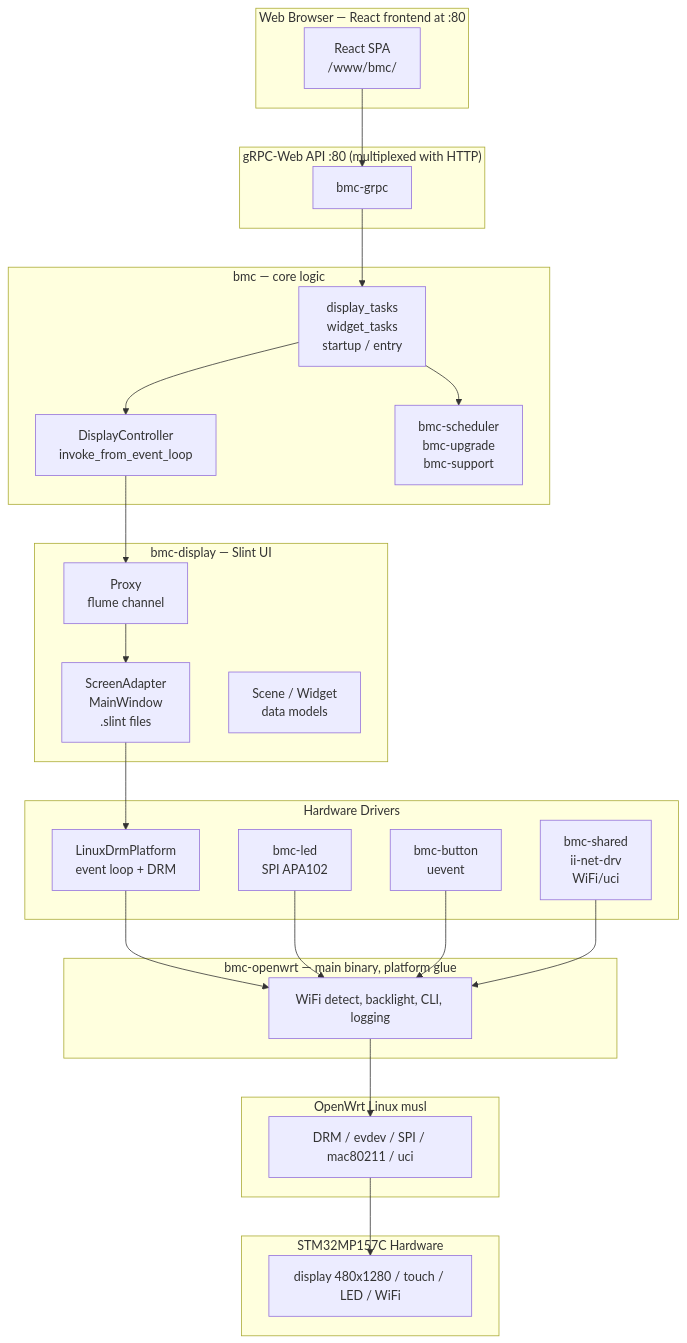
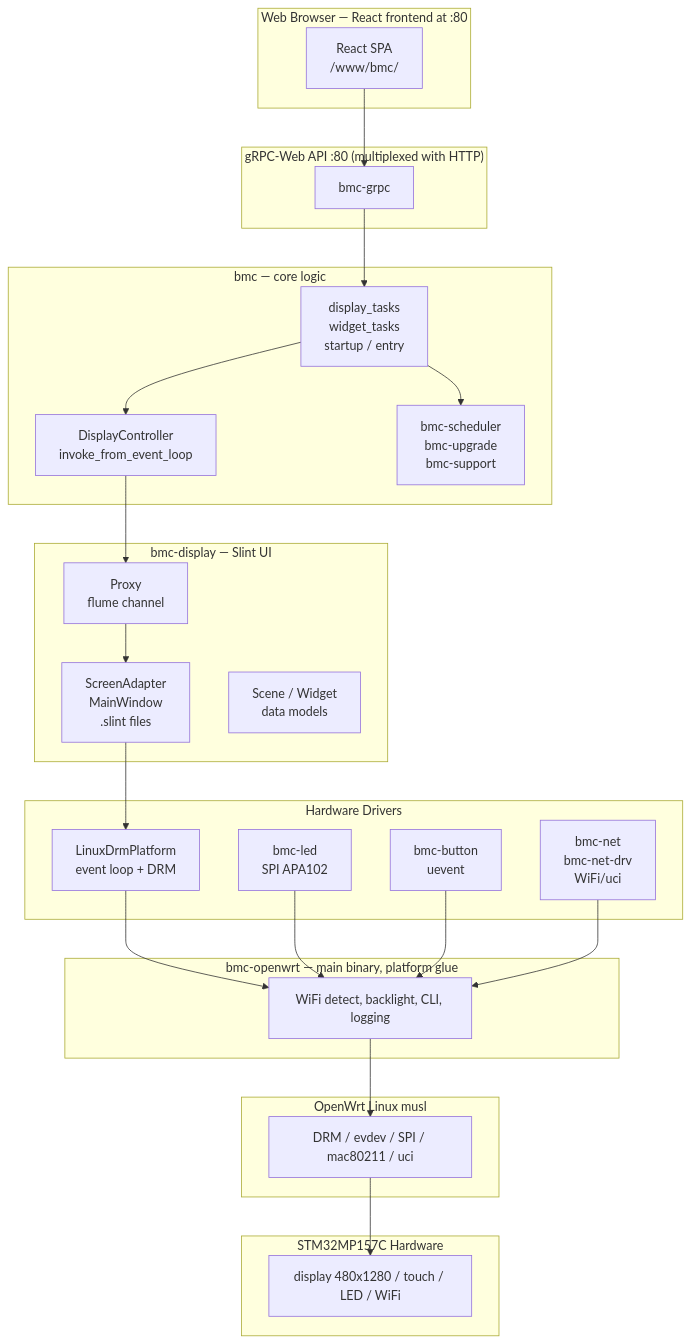
Before and after one commit to BraiinsForge/bmc-main: the diagram in docs/architecture/charts/software-stack.mermaid, drawn with Mermaid. The commit also changed 8 other files, not shown here.

First line of the commit message:
bmc: Update docs and crate verification for bmc-net #BOS-3938

```diff
--- a/docs/architecture/charts/software-stack.mermaid
+++ b/docs/architecture/charts/software-stack.mermaid
@@ -1,54 +1,54 @@
 graph TD
 
     subgraph frontend["Web Browser — React frontend at :80"]
         FE["React SPA\n/www/bmc/"]
     end
 
     subgraph api["gRPC-Web API :80 (multiplexed with HTTP)"]
         GRPC["bmc-grpc"]
     end
 
     subgraph core["bmc — core logic"]
         DT["display_tasks\nwidget_tasks\nstartup / entry"]
         DC["DisplayController\ninvoke_from_event_loop"]
         SCHED["bmc-scheduler\nbmc-upgrade\nbmc-support"]
     end
 
     subgraph display["bmc-display — Slint UI"]
         SA["ScreenAdapter\nMainWindow\n.slint files"]
         PROXY["Proxy\nflume channel"]
         MODELS["Scene / Widget\ndata models"]
     end
 
     subgraph drivers["Hardware Drivers"]
         LED["bmc-led\nSPI APA102"]
         DRM["LinuxDrmPlatform\nevent loop + DRM"]
         BTN["bmc-button\nuevent"]
-        WIFI["bmc-shared\nii-net-drv\nWiFi/uci"]
+        WIFI["bmc-net\nbmc-net-drv\nWiFi/uci"]
     end
 
     subgraph platform["bmc-openwrt — main binary, platform glue"]
         PLAT["WiFi detect, backlight, CLI, logging"]
     end
 
     subgraph os["OpenWrt Linux musl"]
         OS["DRM / evdev / SPI / mac80211 / uci"]
     end
 
     subgraph hw["STM32MP157C Hardware"]
         HW["display 480x1280 / touch / LED / WiFi"]
     end
 
     FE --> GRPC
     GRPC --> DT
     DT --> DC
     DC --> PROXY
     PROXY --> SA
     DT --> SCHED
     SA --> DRM
     DRM --> PLAT
     LED --> PLAT
     BTN --> PLAT
     WIFI --> PLAT
     PLAT --> OS
     OS --> HW
```
